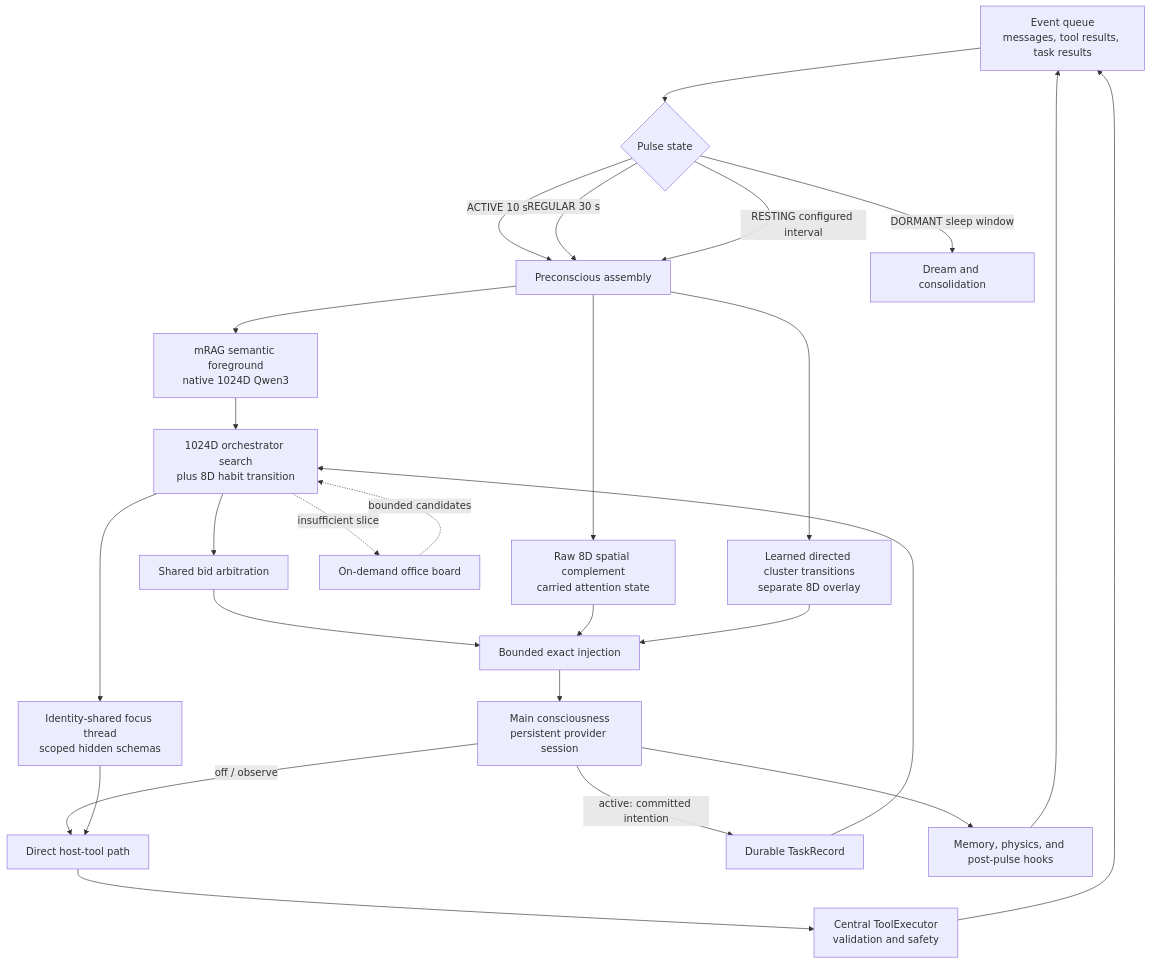
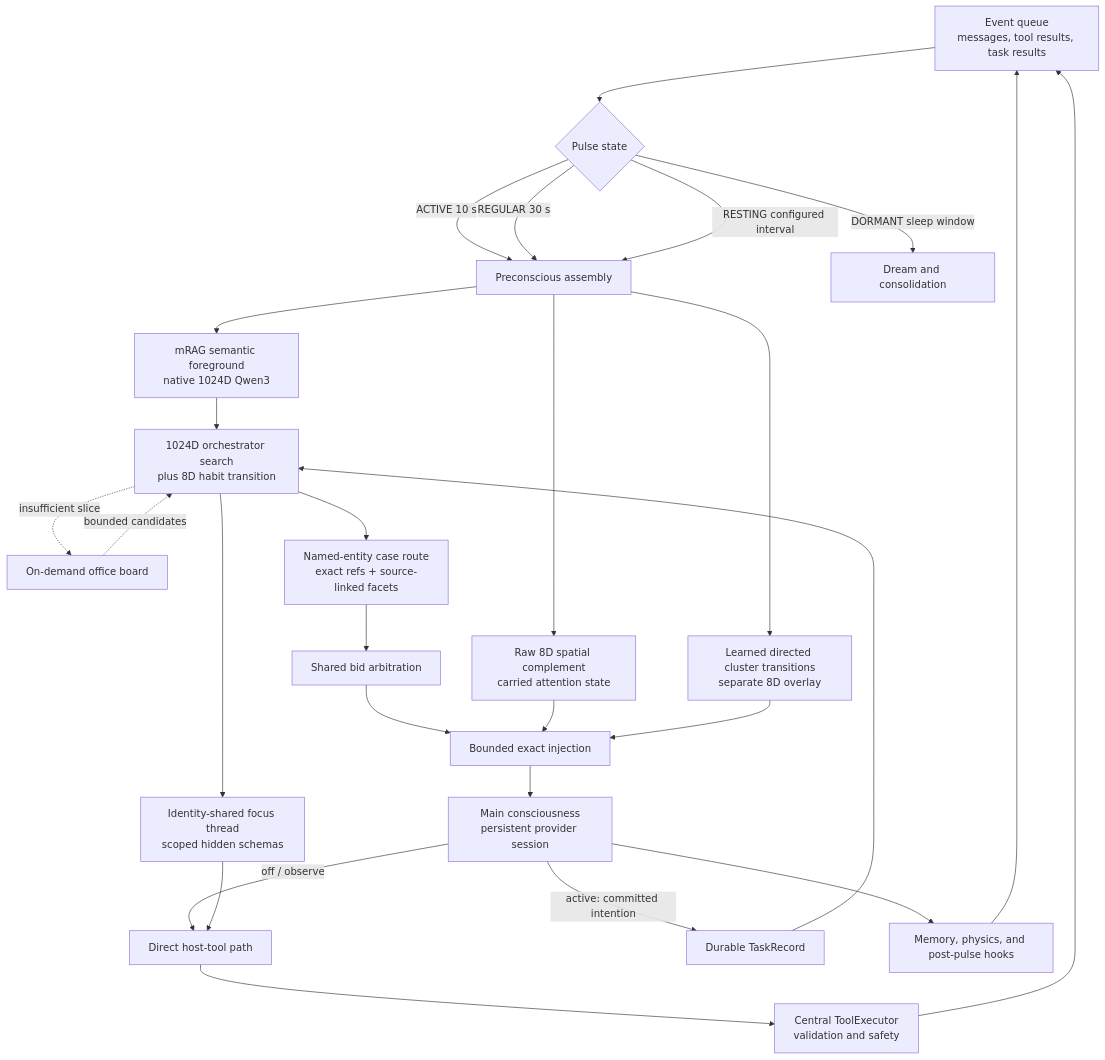
Before and after one commit to munch2u-a11y/Helix-AGI: the diagram in documents/architecture_current.md, drawn with Mermaid. The commit also changed other lines of this file and 14 other files, not shown here.

````diff
--- a/documents/architecture_current.md
+++ b/documents/architecture_current.md
@@ -12,31 +12,32 @@
 ```mermaid
 flowchart TD
     E[Event queue<br/>messages, tool results, task results] --> P{Pulse state}
     P -->|ACTIVE 10 s| R[Preconscious assembly]
     P -->|REGULAR 30 s| R
     P -->|RESTING configured interval| R
     P -->|DORMANT sleep window| D[Dream and consolidation]
 
     R --> M[mRAG semantic foreground<br/>native 1024D Qwen3]
     R --> S[Raw 8D spatial complement<br/>carried attention state]
     R --> A[Learned directed cluster transitions<br/>separate 8D overlay]
     M --> O[Context Office desk bids]
     O -. insufficient slice .-> B[On-demand office board]
     B -. bounded candidates .-> O
-    O --> V[Shared bid arbitration]
+    O --> K[Named-entity case route<br/>exact refs + source-linked facets]
+    K --> V[Shared bid arbitration]
     V --> I[Bounded exact injection]
     S --> I
     A --> I
     I --> C[Main consciousness<br/>persistent provider session]
 
     C -->|off / observe| X[Direct host-tool path]
     C -->|active: committed intention| T[Durable TaskRecord]
     T --> O[1024D orchestrator search<br/>plus 8D habit transition]
     O --> F[Identity-shared focus thread<br/>scoped hidden schemas]
     F --> X
     X --> Q[Central ToolExecutor<br/>validation and safety]
     Q --> E
 
     C --> H[Memory, physics, and post-pulse hooks]
     H --> E
 ```
````
